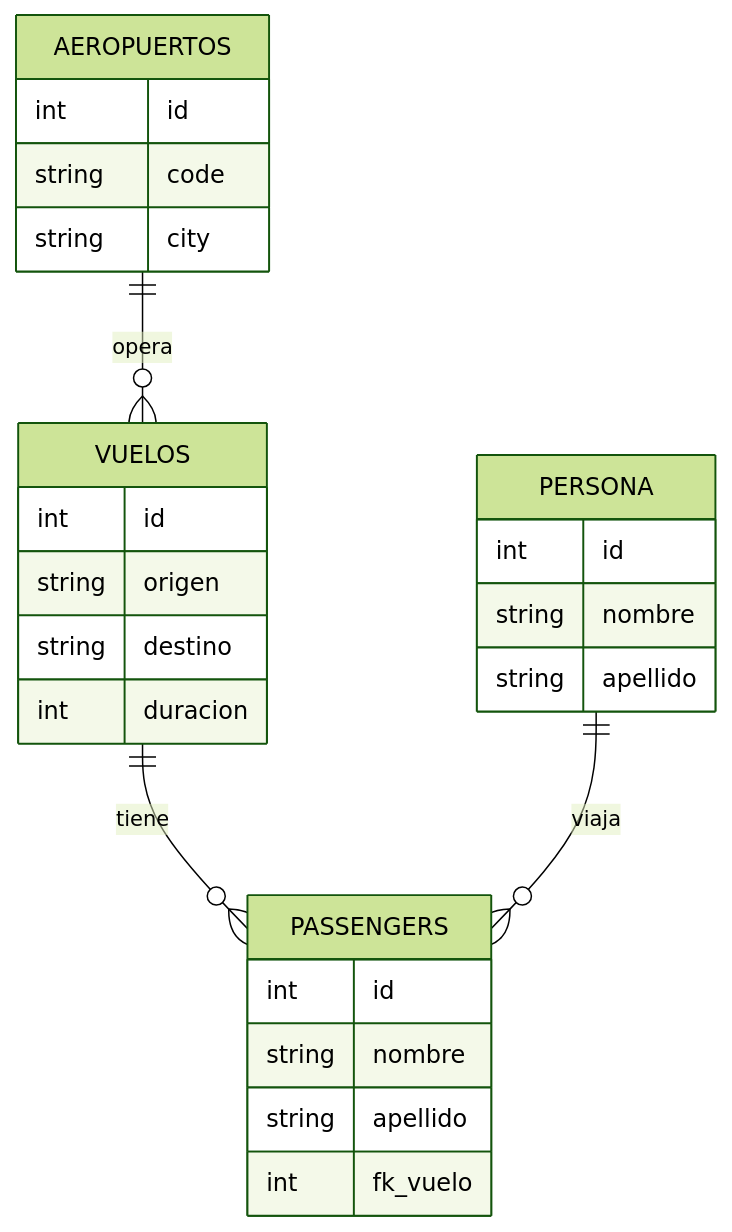
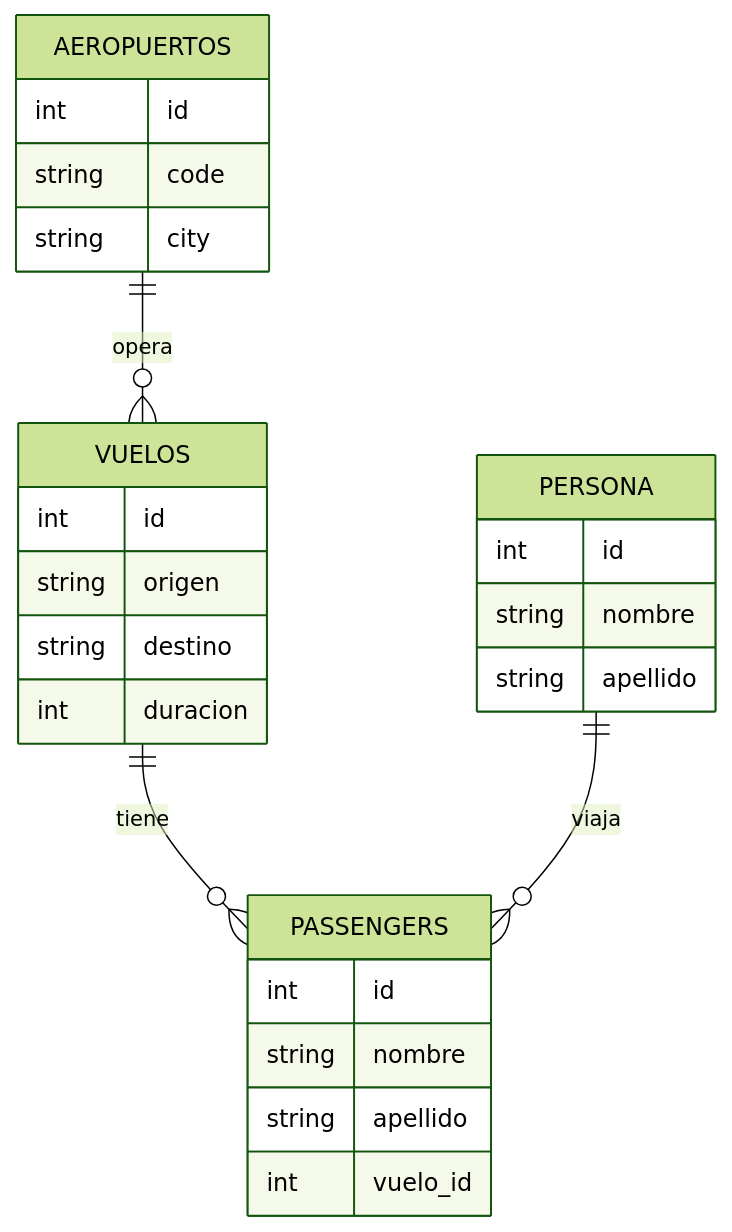
One commit to jcarbajal-dv/VuelosOK changed the diagram in README.md. Above: the diagram before and after it, drawn with Mermaid (forest theme). The commit also changed other lines of this file, not shown here.

````diff
--- a/README.md
+++ b/README.md
@@ -7,33 +7,33 @@
 ```mermaid
 erDiagram
     VUELOS {
         int id
         string origen
         string destino
         int duracion
     }
 
     PERSONA {
         int id
         string nombre
         string apellido
     }
 
     PASSENGERS {
         int id
         string nombre
         string apellido
-        int fk_vuelo
+        int vuelo_id
     }
 
     AEROPUERTOS {
         int id
         string code
         string city
     }
 
     VUELOS ||--o{ PASSENGERS : "tiene"
     AEROPUERTOS ||--o{ VUELOS : "opera"
     PERSONA ||--o{ PASSENGERS : "viaja"
 
 ```
````
